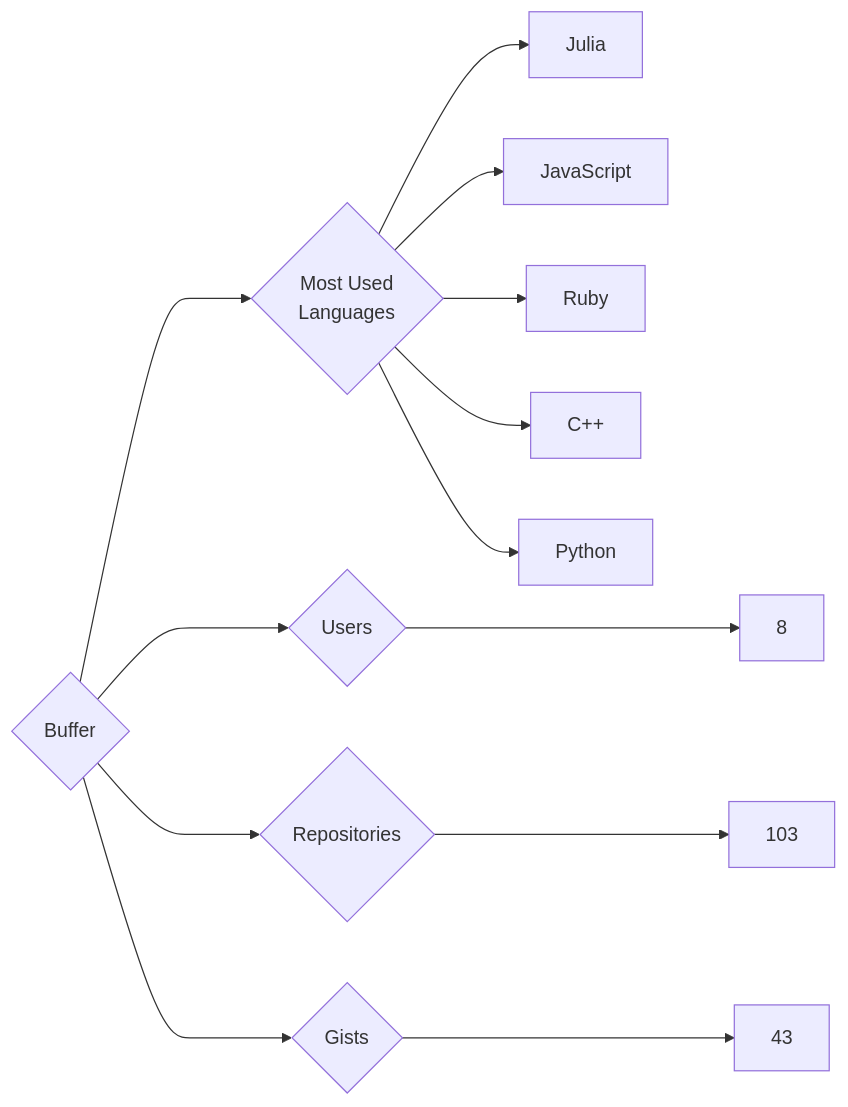
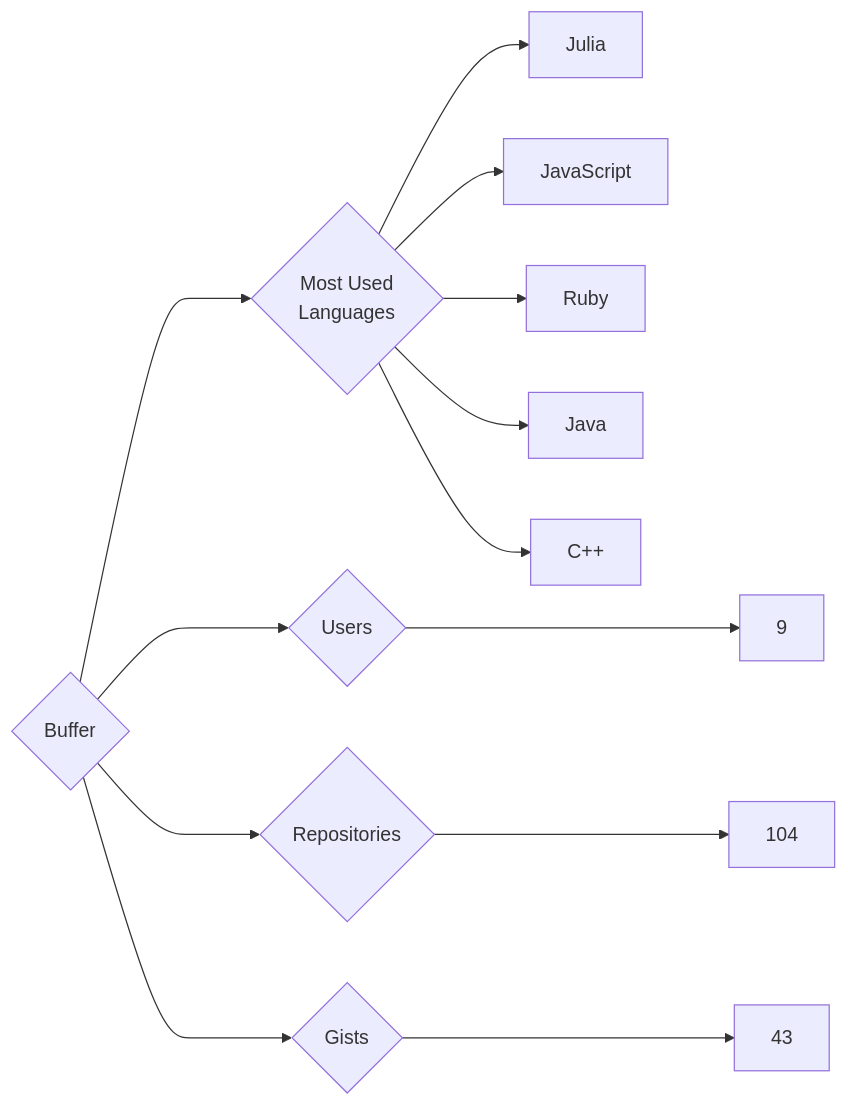
The diagram in targets/Buffer/README.md (trickest/insiders), drawn with Mermaid before and after one commit. The commit also changed 912 other files, not shown here.

````diff
--- a/targets/Buffer/README.md
+++ b/targets/Buffer/README.md
@@ -3,13 +3,13 @@
 ```mermaid
 graph LR
 COMPANY_NAME{Buffer}
-COMPANY_NAME ---> U{Users} ---> UN[8]
-COMPANY_NAME ---> R{Repositories} ---> RN[103]
+COMPANY_NAME ---> U{Users} ---> UN[9]
+COMPANY_NAME ---> R{Repositories} ---> RN[104]
 COMPANY_NAME ---> G{Gists} ---> GN[43]
 COMPANY_NAME ---> ML{Most Used<br>Languages}
 ML --> Julia[Julia]
 ML --> JavaScript[JavaScript]
 ML --> Ruby[Ruby]
+ML --> Java[Java]
 ML --> C++[C++]
-ML --> Python[Python]
 ```
````
